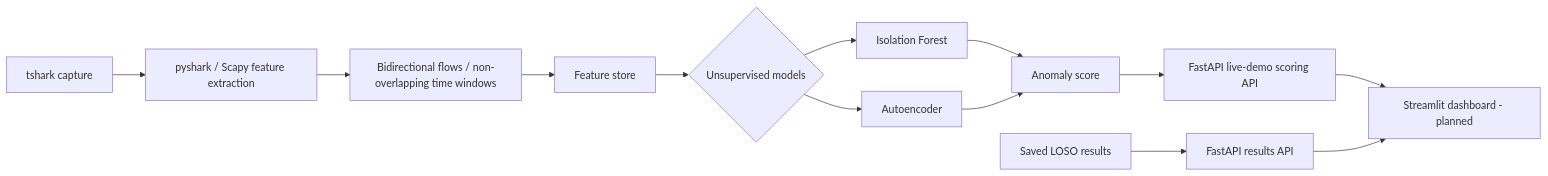
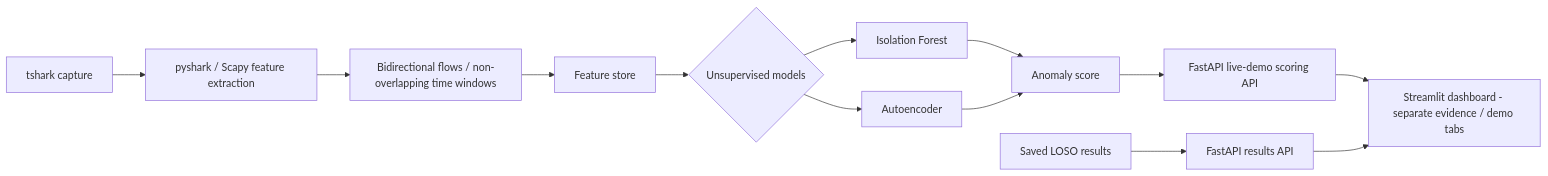
Before and after one commit to dev-rehaann/covertlens: the diagram in README.md, drawn with Mermaid. The commit also changed other lines of this file and 2 other files, not shown here.

Commit message:
feat: add Streamlit evaluation and live-scoring dashboard

````diff
--- a/README.md
+++ b/README.md
@@ -35,15 +35,15 @@
 ```mermaid
 flowchart LR
     A[tshark capture] --> B[pyshark / Scapy feature extraction]
     B --> W[Bidirectional flows / non-overlapping time windows]
     W --> C[Feature store]
     C --> D{Unsupervised models}
     D --> E[Isolation Forest]
     D --> F[Autoencoder]
     E --> G[Anomaly score]
     F --> G
     G --> H[FastAPI live-demo scoring API]
     R[Saved LOSO results] --> V[FastAPI results API]
-    H --> K[Streamlit dashboard - planned]
+    H --> K[Streamlit dashboard - separate evidence / demo tabs]
     V --> K
 ```
````
